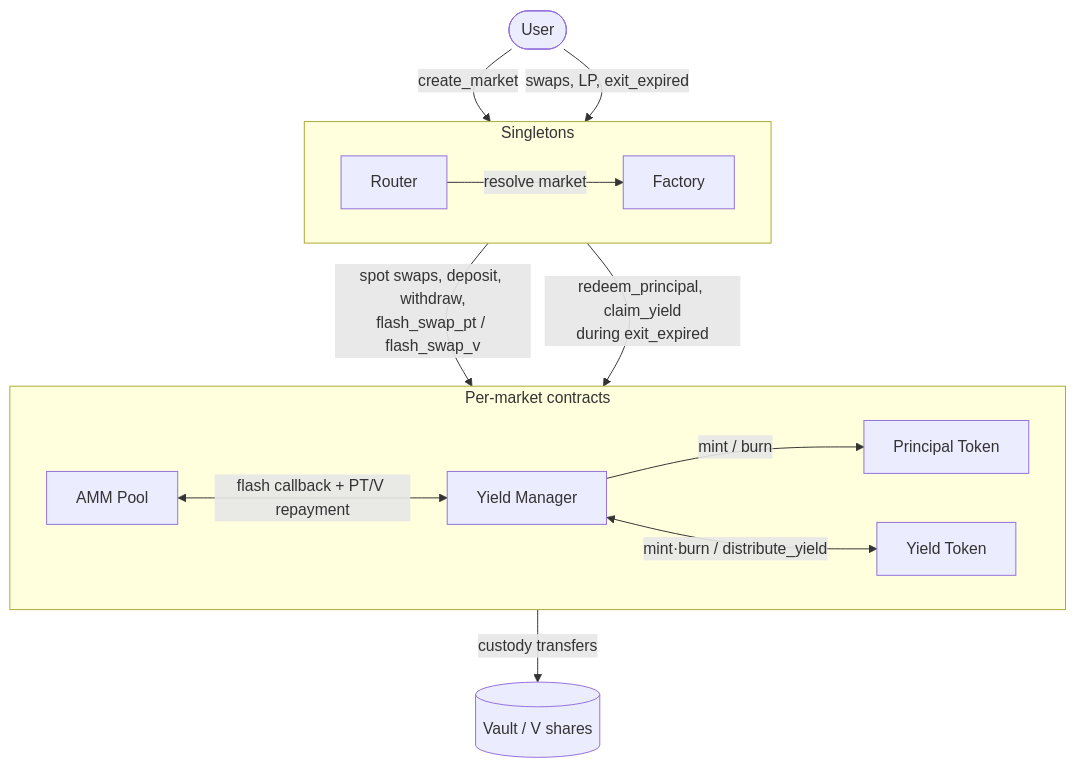
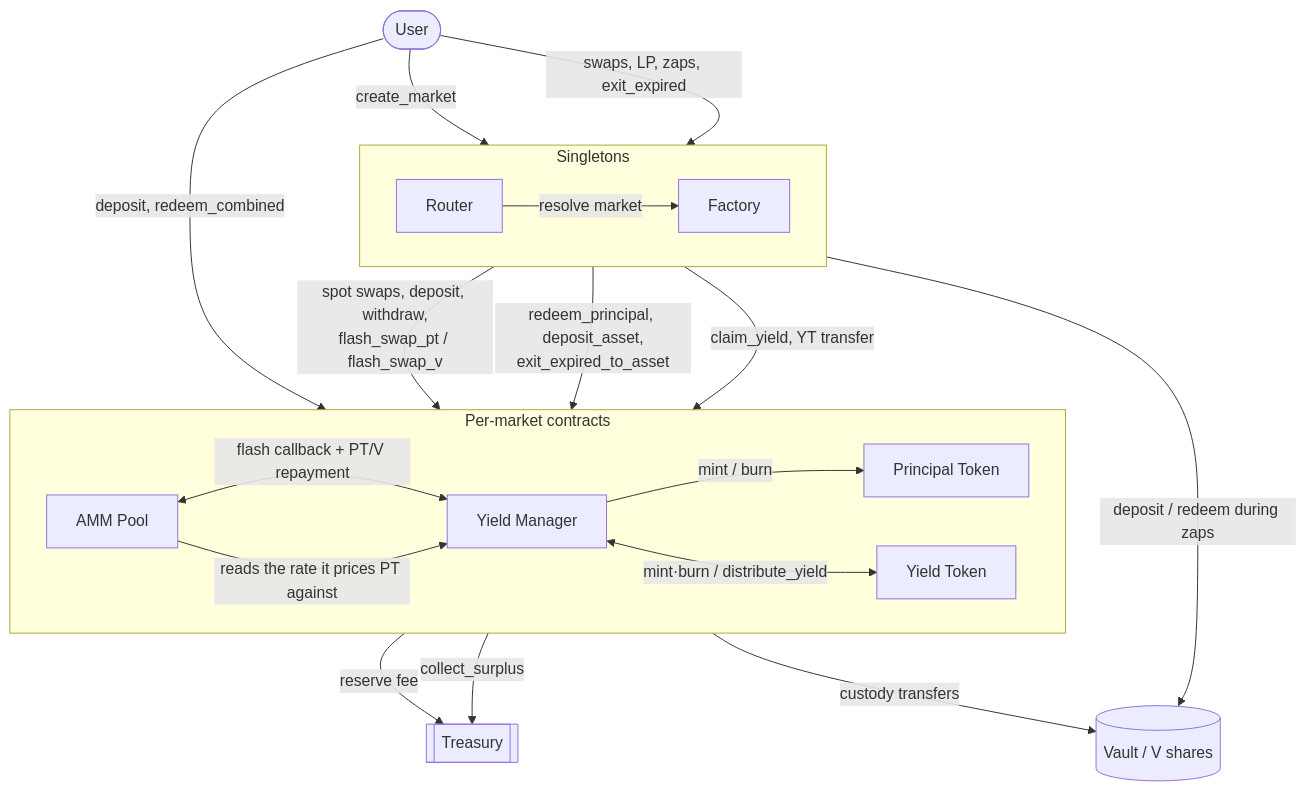
One commit to YieldBack-Cash/ybc-contracts changed the first of 2 diagrams in docs/ARCHITECTURE.md. Above: the diagram before and after it, drawn with Mermaid. The commit also changed other lines of this file and 7 other files, not shown here.

````diff
--- a/docs/ARCHITECTURE.md
+++ b/docs/ARCHITECTURE.md
@@ -66,32 +68,39 @@
 ```mermaid
 flowchart TB
     User([User])
 
     subgraph Singletons
         direction LR
         Router[Router]
         Factory[Factory]
     end
 
     subgraph Market["Per-market contracts"]
         direction LR
         AMM[AMM Pool]
         YM[Yield Manager]
         PT[Principal Token]
         YT[Yield Token]
     end
 
     Vault[(Vault / V shares)]
+    Treasury[[Treasury]]
 
     User -->|create_market| Factory
-    User -->|swaps, LP, exit_expired| Router
+    User -->|swaps, LP, zaps, exit_expired| Router
+    User -->|deposit, redeem_combined| YM
 
     Router -->|resolve market| Factory
     Router -->|spot swaps, deposit, withdraw,<br/>flash_swap_pt / flash_swap_v| AMM
-    Router -->|redeem_principal, claim_yield<br/>during exit_expired| YM
+    Router -->|redeem_principal, deposit_asset,<br/>exit_expired_to_asset| YM
+    Router -->|claim_yield, YT transfer| YT
+    Router -->|deposit / redeem during zaps| Vault
 
     AMM <-->|flash callback + PT/V repayment| YM
+    AMM -->|reads the rate it prices PT against| YM
+    AMM -->|reserve fee| Treasury
     YM -->|mint / burn| PT
     YM <-->|mint·burn / distribute_yield| YT
     YM -->|custody transfers| Vault
+    YM -->|collect_surplus| Treasury
 ```
````
